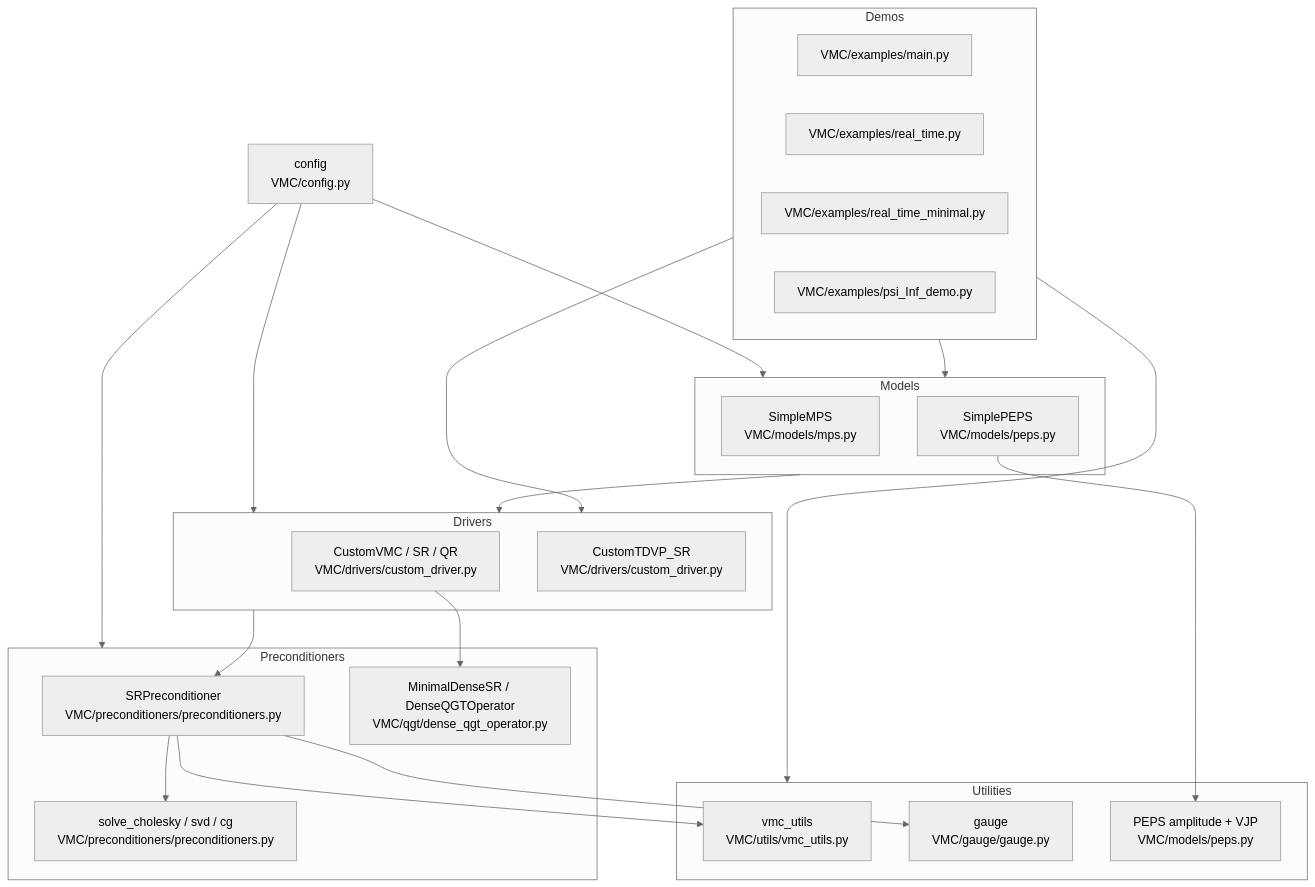
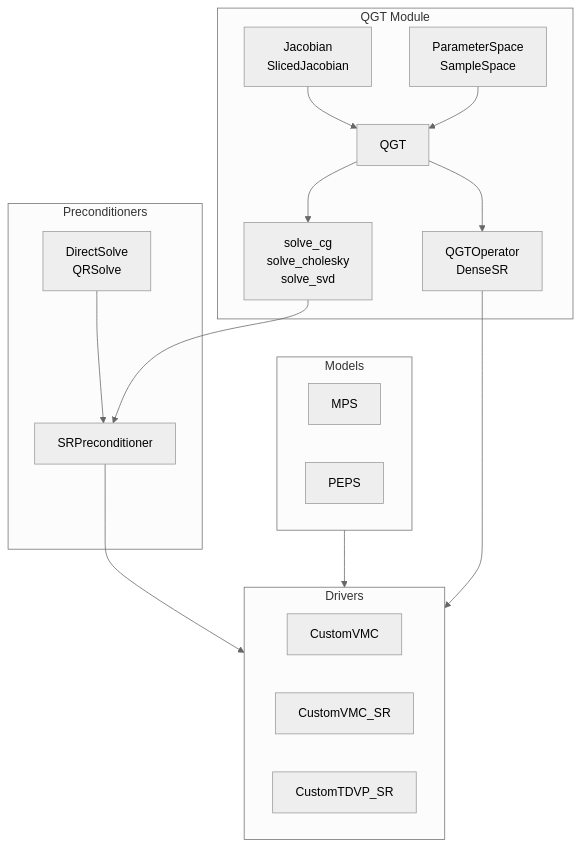
Before and after one commit to fliingelephant/VMC: the third of 3 diagrams in DESIGN.md, drawn with Mermaid (neutral theme). The commit also changed other lines of this file and 10 other files, not shown here.

Commit message:
Refactor QGT and SR APIs for shared solver and NetKet compatibility

````diff
--- a/DESIGN.md
+++ b/DESIGN.md
@@ -39,50 +112,36 @@
 ```mermaid
 flowchart TD
-  Config["config<br/>VMC/config.py"]
+    subgraph Models
+        MPS["MPS"]
+        PEPS["PEPS"]
+    end
 
-  subgraph Models
-    MPS["SimpleMPS<br/>VMC/models/mps.py"]
-    PEPS["SimplePEPS<br/>VMC/models/peps.py"]
-  end
+    subgraph QGT["QGT Module"]
+        Jac["Jacobian<br/>SlicedJacobian"]
+        QGTCore["QGT"]
+        Space["ParameterSpace<br/>SampleSpace"]
+        Solvers["solve_cg<br/>solve_cholesky<br/>solve_svd"]
+        NetKet["QGTOperator<br/>DenseSR"]
+    end
 
-  subgraph Drivers
-    VMC["CustomVMC / SR / QR<br/>VMC/drivers/custom_driver.py"]
-    TDVP["CustomTDVP_SR<br/>VMC/drivers/custom_driver.py"]
-  end
+    subgraph Preconditioners
+        SRP["SRPreconditioner"]
+        Strategy["DirectSolve<br/>QRSolve"]
+    end
 
-  subgraph Preconditioners
-    SRP["SRPreconditioner<br/>VMC/preconditioners/preconditioners.py"]
-    QGT["MinimalDenseSR / DenseQGTOperator<br/>VMC/qgt/dense_qgt_operator.py"]
-    Solvers["solve_cholesky / svd / cg<br/>VMC/preconditioners/preconditioners.py"]
-  end
+    subgraph Drivers
+        CustomVMC["CustomVMC"]
+        CustomSR["CustomVMC_SR"]
+        TDVP["CustomTDVP_SR"]
+    end
 
-  subgraph Utilities
-    VMCUtils["vmc_utils<br/>VMC/utils/vmc_utils.py"]
-    Gauge["gauge<br/>VMC/gauge/gauge.py"]
-    PEPSAmp["PEPS amplitude + VJP<br/>VMC/models/peps.py"]
-  end
-
-  subgraph Demos
-    Main["VMC/examples/main.py"]
-    RT["VMC/examples/real_time.py"]
-    RTMin["VMC/examples/real_time_minimal.py"]
-    PsiInf["VMC/examples/psi_Inf_demo.py"]
-  end
-
-  Config --> Models
-  Config --> Drivers
-  Config --> Preconditioners
-
-  Models --> Drivers
-  PEPS --> PEPSAmp
-
-  Drivers --> SRP
-  VMC --> QGT
-  SRP --> Solvers
-  SRP --> VMCUtils
-  SRP --> Gauge
-
-  Demos --> Models
-  Demos --> Drivers
-  Demos --> Utilities
+    Models --> Drivers
+    Jac --> QGTCore
+    Space --> QGTCore
+    QGTCore --> Solvers
+    QGTCore --> NetKet
+    Solvers --> SRP
+    Strategy --> SRP
+    SRP --> Drivers
+    NetKet --> Drivers
 ```
````
